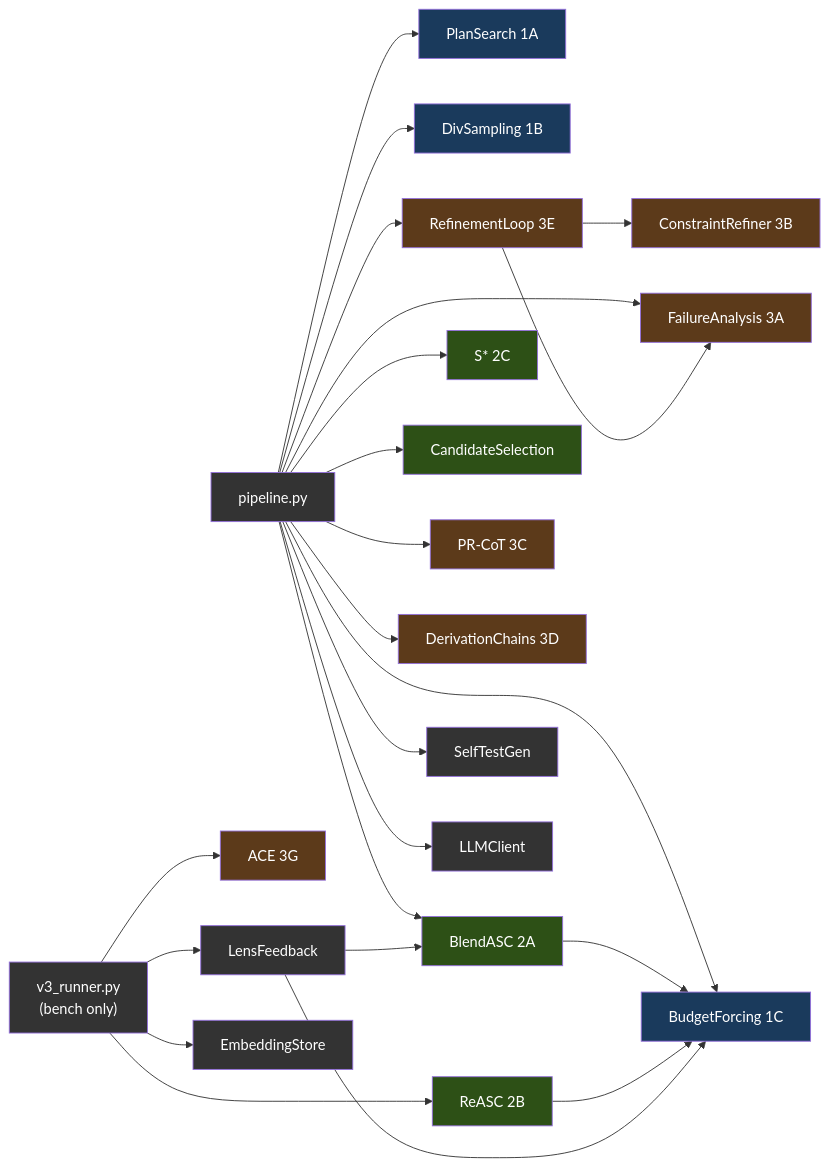
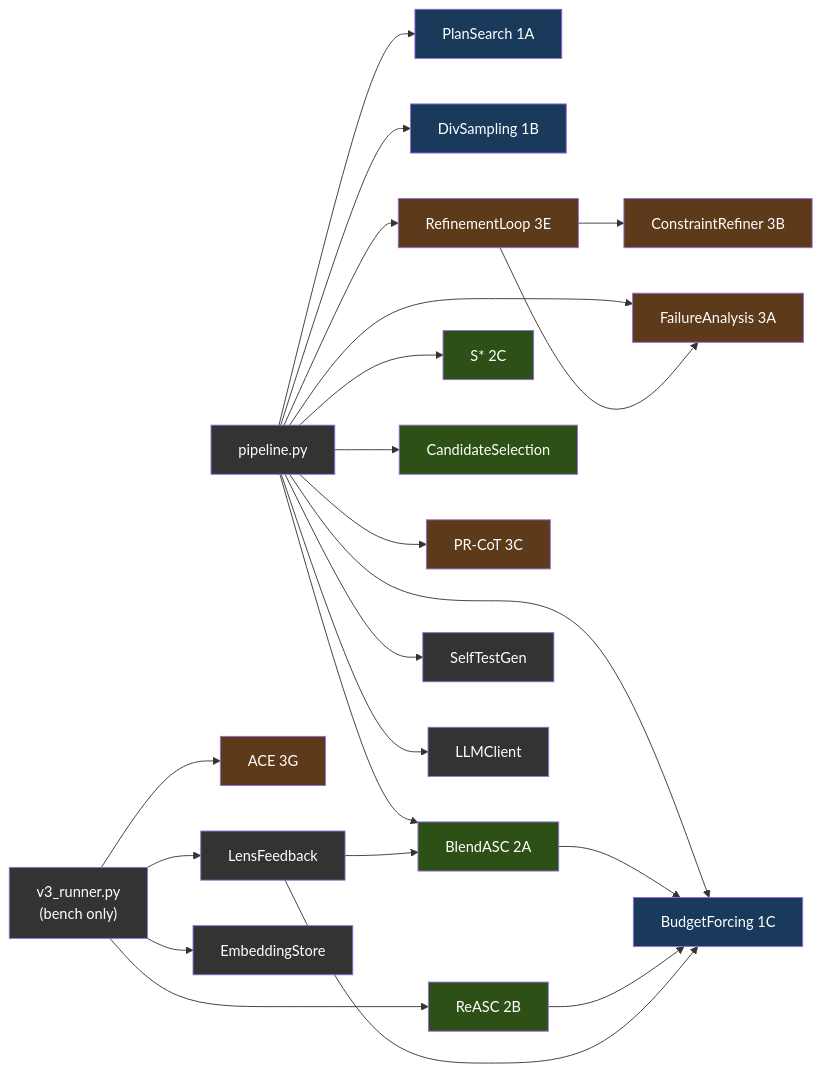
One commit to itigges22/ATLAS changed the fourth of 11 diagrams in docs/ARCHITECTURE.md. Above: the diagram before and after it, drawn with Mermaid. The commit also changed other lines of this file and 13 other files, not shown here.

First line of the commit message:
refactor(v3): remove derivation chains (0 rescues in 485 H200 attempts)

````diff
--- a/docs/ARCHITECTURE.md
+++ b/docs/ARCHITECTURE.md
@@ -357,46 +352,44 @@
 ```mermaid
 graph LR
     Main["pipeline.py"] --> PS["PlanSearch 1A"]
     Main --> DS["DivSampling 1B"]
     Main --> BF["BudgetForcing 1C"]
     Main --> BASC["BlendASC 2A"]
     Bench["v3_runner.py\n(bench only)"] --> REASC["ReASC 2B"]
     Main --> SSTAR["S* 2C"]
     Main --> CS["CandidateSelection"]
     Main --> FA["FailureAnalysis 3A"]
     Main --> PRCOT["PR-CoT 3C"]
-    Main --> DC["DerivationChains 3D"]
     Main --> RL["RefinementLoop 3E"]
     Bench --> ACE["ACE 3G"]
     Main --> STG["SelfTestGen"]
     Main --> LLM["LLMClient"]
     Bench --> LF["LensFeedback"]
     Bench --> ES["EmbeddingStore"]
 
     RL --> FA
     RL --> CR["ConstraintRefiner 3B"]
     BASC --> BF
     REASC --> BF
     LF --> BASC
     LF --> BF
 
     style Main fill:#333,color:#fff
     style Bench fill:#333,color:#fff
     style PS fill:#1a3a5c,color:#fff
     style DS fill:#1a3a5c,color:#fff
     style BF fill:#1a3a5c,color:#fff
     style BASC fill:#2d5016,color:#fff
     style REASC fill:#2d5016,color:#fff
     style SSTAR fill:#2d5016,color:#fff
     style CS fill:#2d5016,color:#fff
     style FA fill:#5c3a1a,color:#fff
     style CR fill:#5c3a1a,color:#fff
     style PRCOT fill:#5c3a1a,color:#fff
-    style DC fill:#5c3a1a,color:#fff
     style RL fill:#5c3a1a,color:#fff
     style ACE fill:#5c3a1a,color:#fff
     style STG fill:#333,color:#fff
     style LLM fill:#333,color:#fff
     style LF fill:#333,color:#fff
     style ES fill:#333,color:#fff
 ```
````
